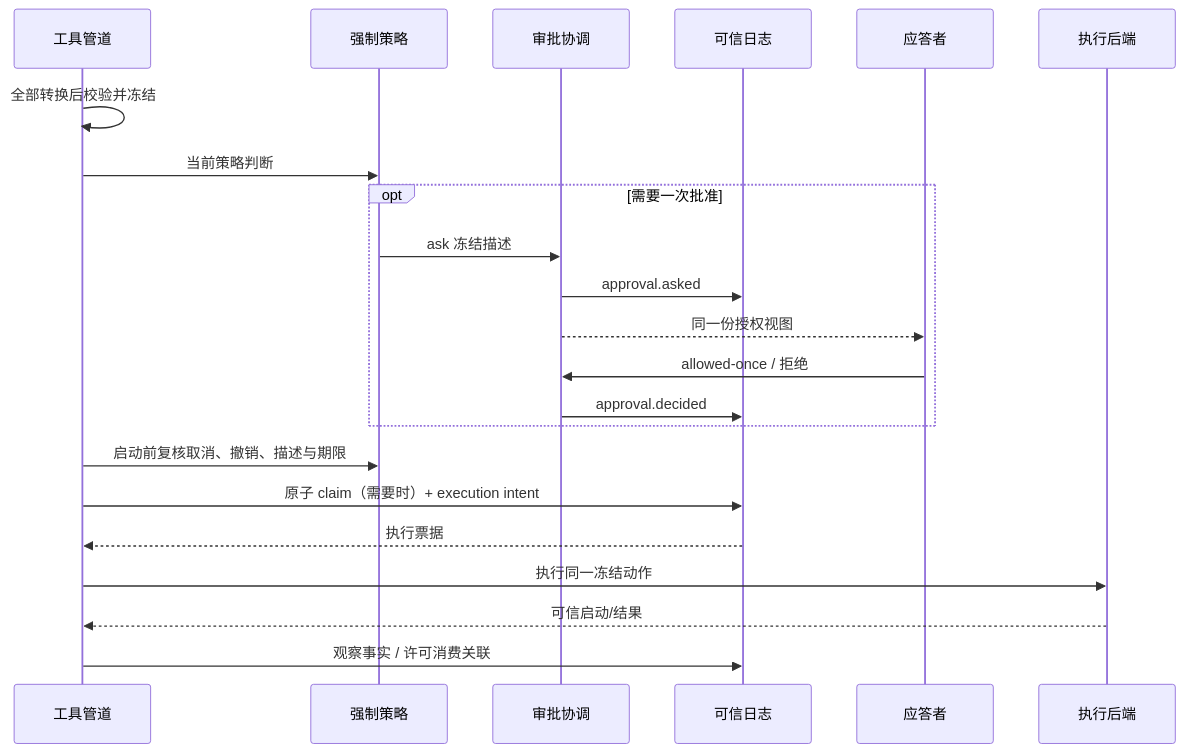
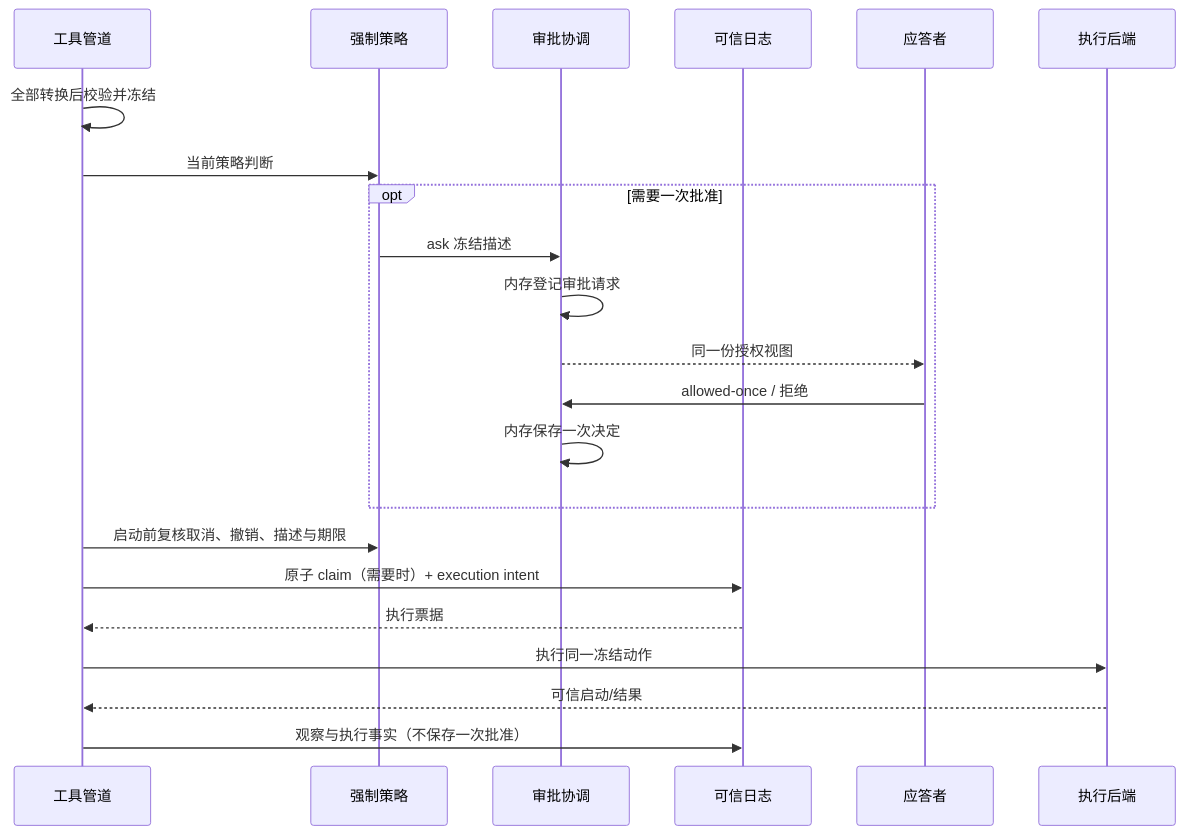
The first of 3 diagrams in docs/pi-eino-dev-plan/11-security-and-sandbox.md (ww1489/seasprak), drawn with Mermaid before and after one commit. The commit also changed other lines of this file and 297 other files, not shown here.

````diff
--- a/docs/pi-eino-dev-plan/11-security-and-sandbox.md
+++ b/docs/pi-eino-dev-plan/11-security-and-sandbox.md
@@ -23,24 +25,24 @@
 ```mermaid
 sequenceDiagram
     participant T as 工具管道
     participant P as 强制策略
     participant S as 审批协调
     participant H as 可信日志
     participant U as 应答者
     participant X as 执行后端
     T->>T: 全部转换后校验并冻结
     T->>P: 当前策略判断
     opt 需要一次批准
         P->>S: ask 冻结描述
-        S->>H: approval.asked
+        S->>S: 内存登记审批请求
         S-->>U: 同一份授权视图
         U->>S: allowed-once / 拒绝
-        S->>H: approval.decided
+        S->>S: 内存保存一次决定
     end
     T->>P: 启动前复核取消、撤销、描述与期限
     T->>H: 原子 claim（需要时）+ execution intent
     H-->>T: 执行票据
     T->>X: 执行同一冻结动作
     X-->>T: 可信启动/结果
-    T->>H: 观察事实 / 许可消费关联
+    T->>H: 观察与执行事实（不保存一次批准）
 ```
````
